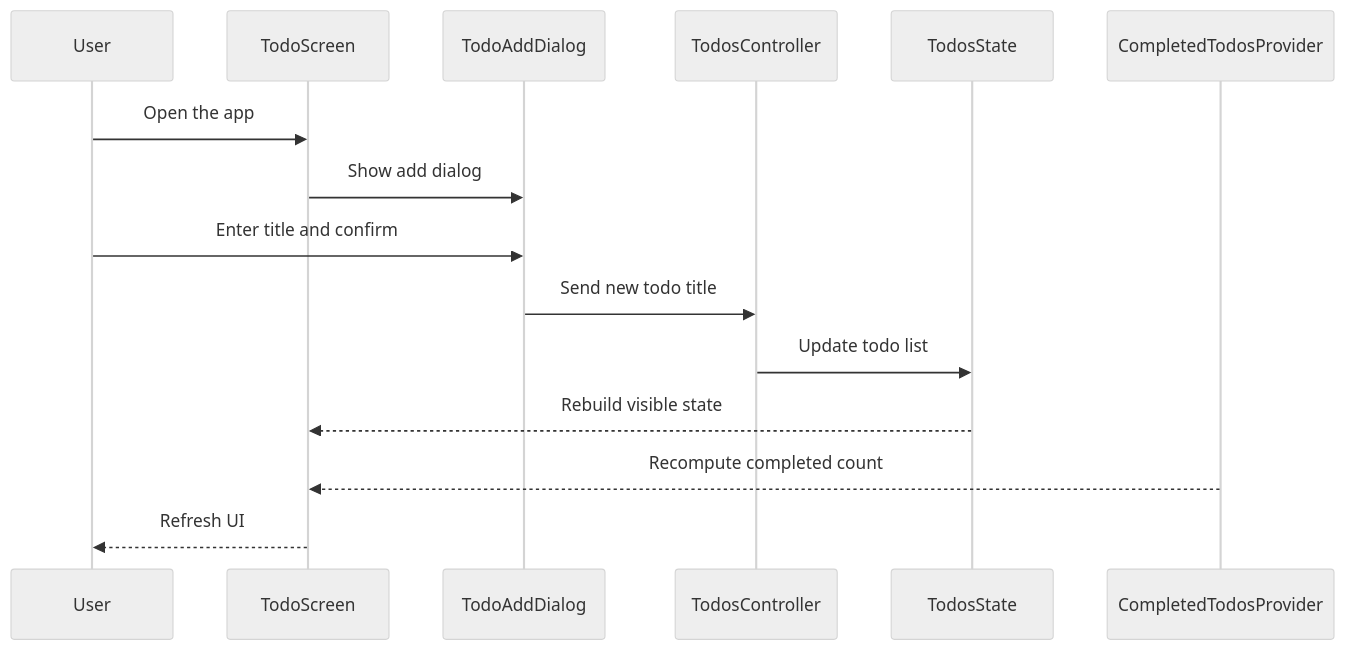
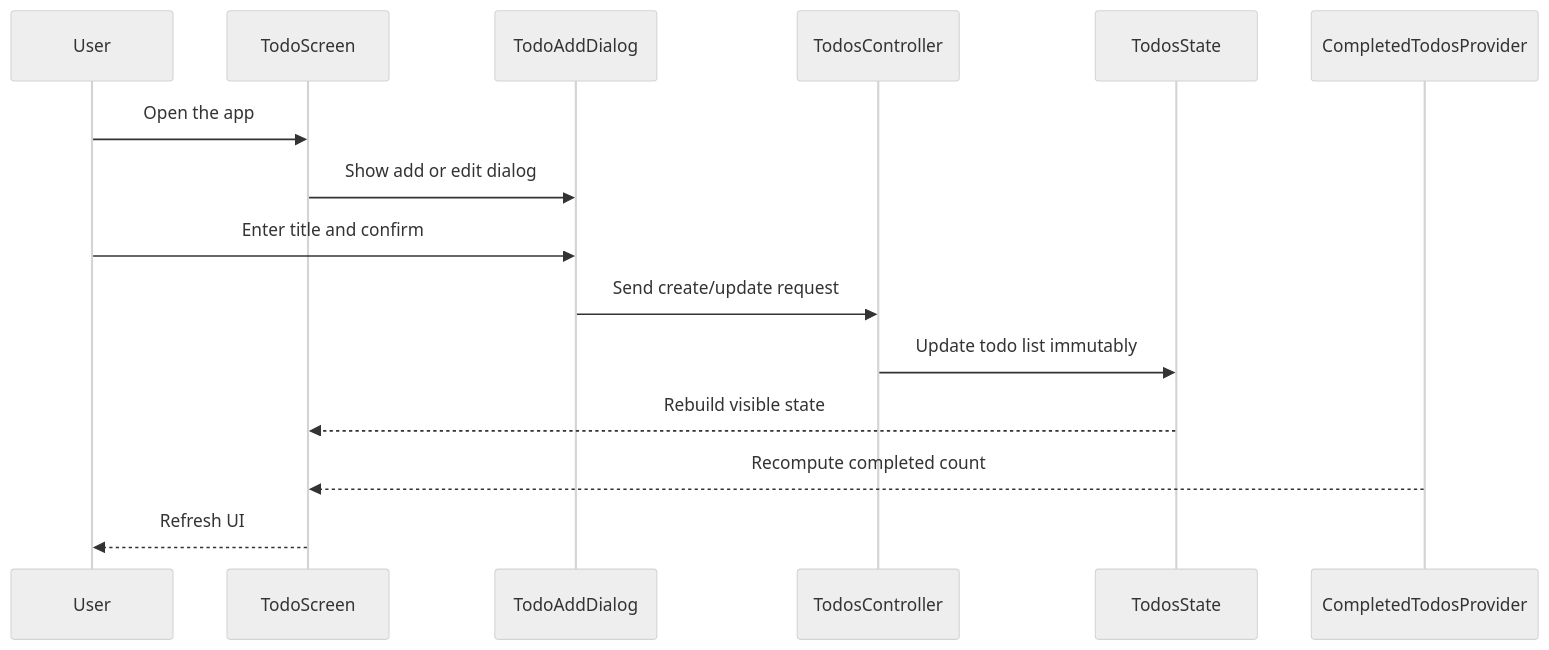
The third of 4 diagrams in README.md (mraj555/tick_it), drawn with Mermaid (neutral theme) before and after one commit. The commit also changed other lines of this file and 5 other files, not shown here.

Commit message:
Refactor README for clarity, enhance TodosController and TodoAddDialog for better functionality, and improve UI components in OverviewCard and TodoTile.

````diff
--- a/README.md
+++ b/README.md
@@ -71,18 +71,18 @@
 ```mermaid
 sequenceDiagram
     participant User
     participant TodoScreen
     participant TodoAddDialog
     participant TodosController
     participant TodosState
     participant CompletedTodosProvider
 
     User->>TodoScreen: Open the app
-    TodoScreen->>TodoAddDialog: Show add dialog
+    TodoScreen->>TodoAddDialog: Show add or edit dialog
     User->>TodoAddDialog: Enter title and confirm
-    TodoAddDialog->>TodosController: Send new todo title
-    TodosController->>TodosState: Update todo list
+    TodoAddDialog->>TodosController: Send create/update request
+    TodosController->>TodosState: Update todo list immutably
     TodosState-->>TodoScreen: Rebuild visible state
     CompletedTodosProvider-->>TodoScreen: Recompute completed count
     TodoScreen-->>User: Refresh UI
 ```
````
